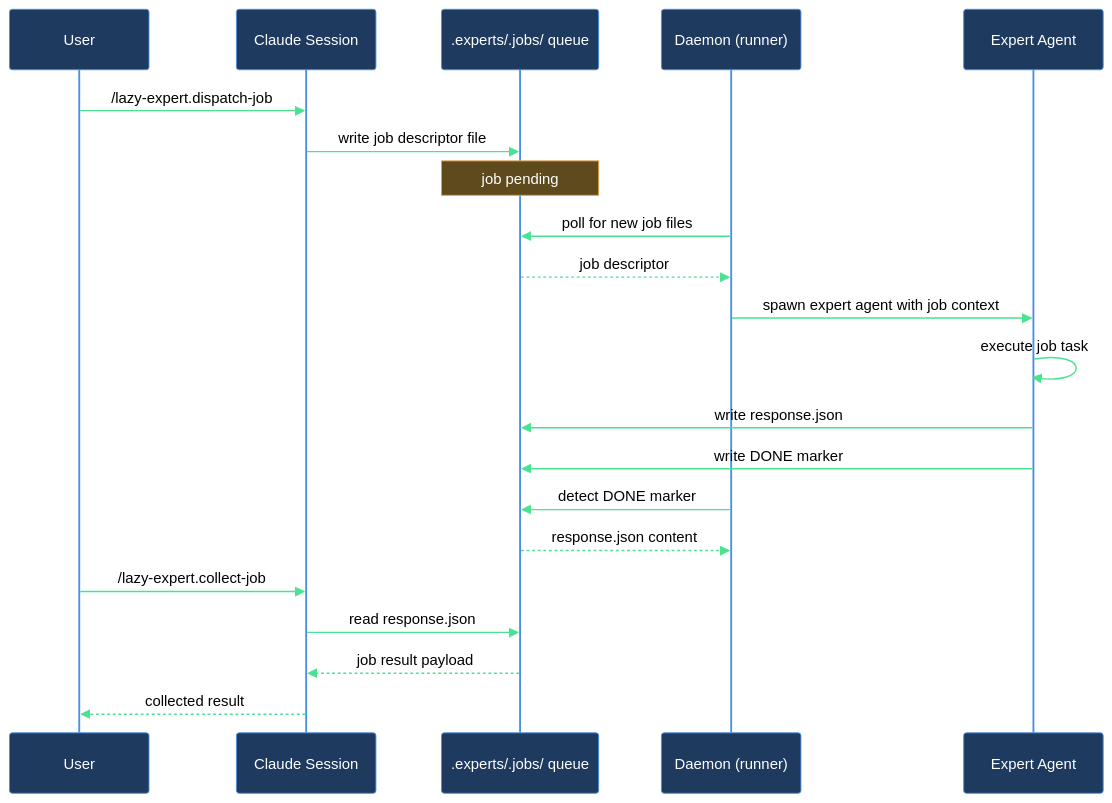
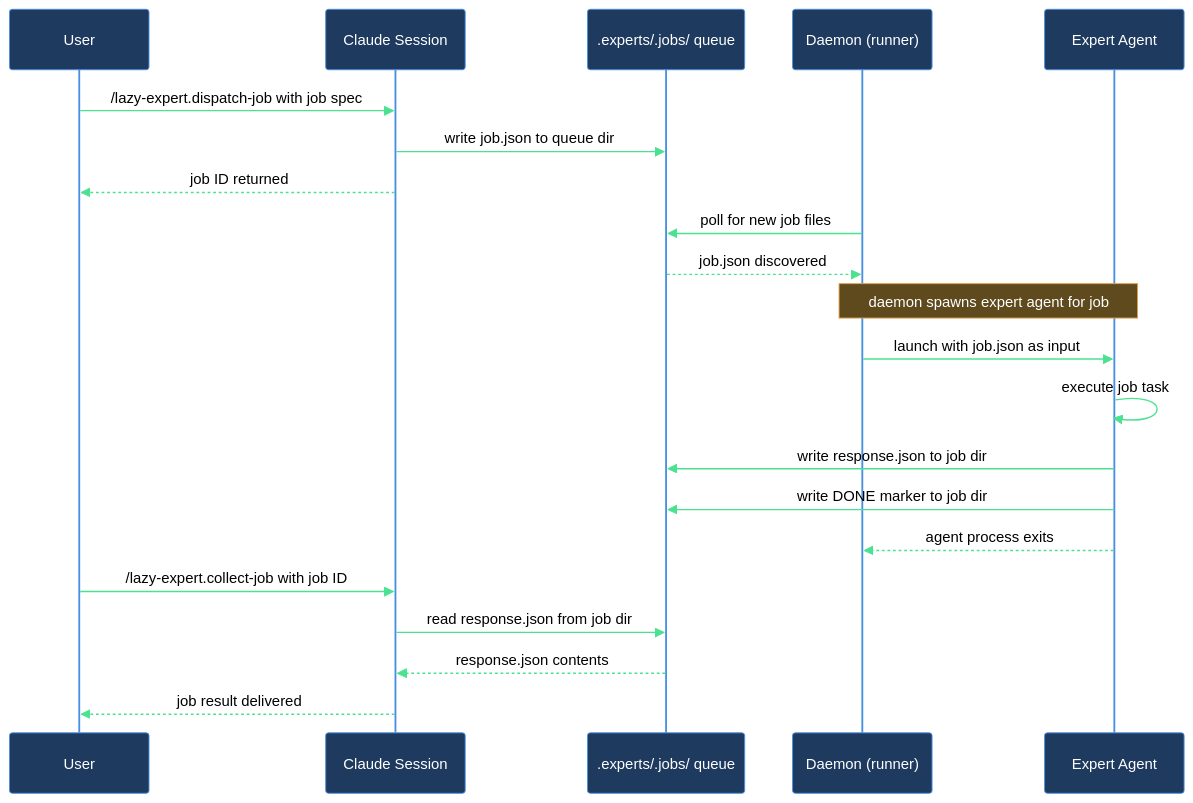
The diagram in claude/lazycortex-core/help/walkthroughs/setup-expert.md (mebius-san/lazy-cortex), drawn with Mermaid before and after one commit. The commit also changed other lines of this file and 125 other files, not shown here.

First line of the commit message:
release: core 5.2.0, diagram 1.1.0, experts 0.3.0, observe 0.2.0, obsidian 2.2.0, python 1.6.0, review 5.1.0, specs 2.0.0, wiki 1.4.0

````diff
--- a/claude/lazycortex-core/help/walkthroughs/setup-expert.md
+++ b/claude/lazycortex-core/help/walkthroughs/setup-expert.md
@@ -185,29 +185,28 @@
 ```mermaid
 %%{init: {'themeVariables':{'background':'transparent','primaryColor':'#1e3a5f','primaryBorderColor':'#4a90e2','primaryTextColor':'#fff','lineColor':'#4ae290','actorBkg':'#1e3a5f','actorBorder':'#4a90e2','actorTextColor':'#fff','actorLineColor':'#4a90e2','signalColor':'#4ae290','signalTextColor':'#000','noteBkgColor':'#5f4a1e','noteBorderColor':'#e2a14a','noteTextColor':'#fff','labelBoxBkgColor':'#5f4a1e','labelBoxBorderColor':'#e2a14a','labelTextColor':'#fff','loopTextColor':'#e2a14a'},'sequence':{'diagramPadding':5,'useMaxWidth':true}}}%%
 sequenceDiagram
   participant user as User
   participant claudeSession as Claude Session
   participant jobsQueue as .experts/.jobs/ queue
   participant daemon as Daemon (runner)
   participant expertAgent as Expert Agent
 
-  user->>claudeSession: /lazy-expert.dispatch-job
-  claudeSession->>jobsQueue: write job descriptor file
-  Note over jobsQueue: job pending
+  user->>claudeSession: /lazy-expert.dispatch-job with job spec
+  claudeSession->>jobsQueue: write job.json to queue dir
+  claudeSession-->>user: job ID returned
 
   daemon->>jobsQueue: poll for new job files
-  jobsQueue-->>daemon: job descriptor
+  jobsQueue-->>daemon: job.json discovered
+  Note over daemon,expertAgent: daemon spawns expert agent for job
+  daemon->>expertAgent: launch with job.json as input
 
-  daemon->>expertAgent: spawn expert agent with job context
   expertAgent->>expertAgent: execute job task
-  expertAgent->>jobsQueue: write response.json
-  expertAgent->>jobsQueue: write DONE marker
+  expertAgent->>jobsQueue: write response.json to job dir
+  expertAgent->>jobsQueue: write DONE marker to job dir
+  expertAgent-->>daemon: agent process exits
 
-  daemon->>jobsQueue: detect DONE marker
-  jobsQueue-->>daemon: response.json content
-
-  user->>claudeSession: /lazy-expert.collect-job
-  claudeSession->>jobsQueue: read response.json
-  jobsQueue-->>claudeSession: job result payload
-  claudeSession-->>user: collected result
+  user->>claudeSession: /lazy-expert.collect-job with job ID
+  claudeSession->>jobsQueue: read response.json from job dir
+  jobsQueue-->>claudeSession: response.json contents
+  claudeSession-->>user: job result delivered
 ```
````
